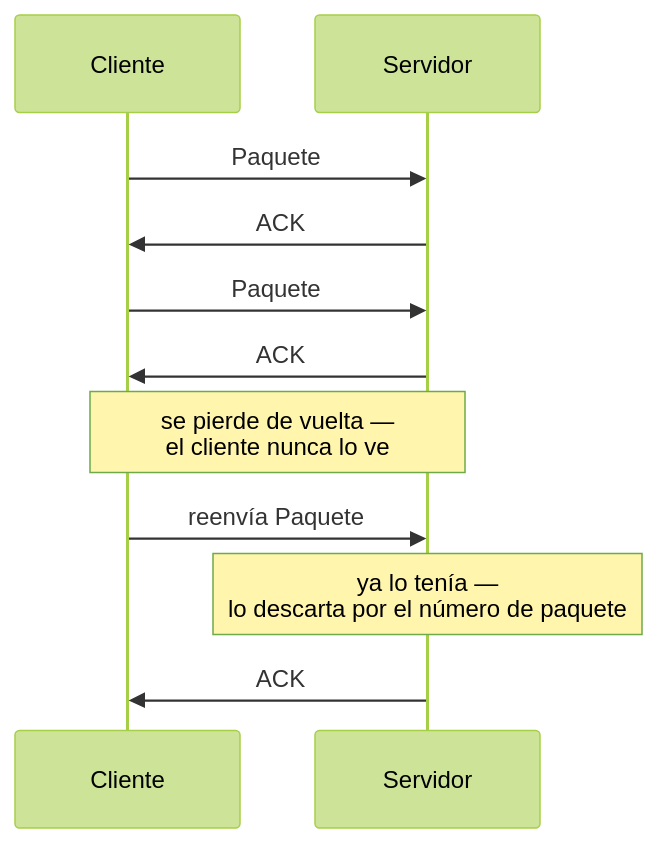
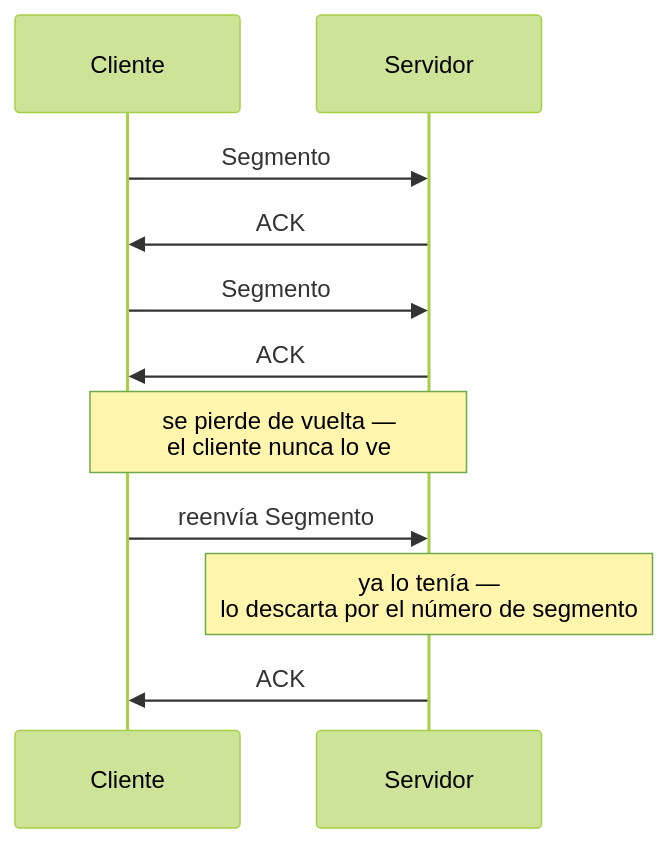
The fifth of 6 diagrams in docs/tema4/sockets-cliente-servidor.md (aitorventura/programacion-servicios-procesos), drawn with Mermaid (forest theme) before and after one commit. The commit also changed other lines of this file and 15 other files, not shown here.

````diff
--- a/docs/tema4/sockets-cliente-servidor.md
+++ b/docs/tema4/sockets-cliente-servidor.md
@@ -144,13 +144,13 @@
     ```mermaid
     sequenceDiagram
         participant C as Cliente
         participant S as Servidor
-        C->>S: Paquete #1
+        C->>S: Segmento #1
         S->>C: ACK #1
-        C->>S: Paquete #2
+        C->>S: Segmento #2
         S->>C: ACK #2
         Note over C,S: se pierde de vuelta —<br/>el cliente nunca lo ve
-        C->>S: reenvía Paquete #2
-        Note over S: ya lo tenía —<br/>lo descarta por el número de paquete
+        C->>S: reenvía Segmento #2
+        Note over S: ya lo tenía —<br/>lo descarta por el número de segmento
         S->>C: ACK #2
     ```
````
